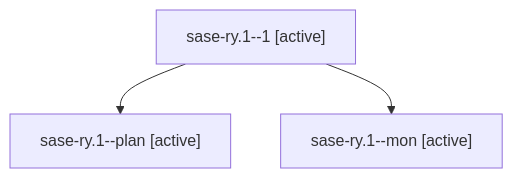
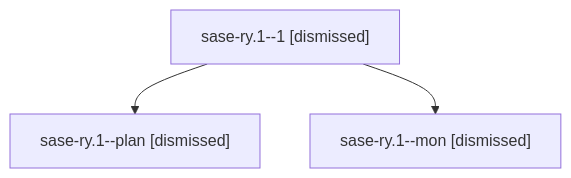
One commit to sase-org/sase--agents changed the diagram in sessions/bbugyi200.athena.sase-ry.1.md. Above: the diagram before and after it, drawn with Mermaid. The commit also changed other lines of this file and 127 other files, not shown here.

````diff
--- a/sessions/bbugyi200.athena.sase-ry.1.md
+++ b/sessions/bbugyi200.athena.sase-ry.1.md
@@ -9,8 +9,8 @@
 ```mermaid
 flowchart TD
-  n0["sase-ry.1--1 [active]"]
-  n1["sase-ry.1--plan [active]"]
+  n0["sase-ry.1--1 [dismissed]"]
+  n1["sase-ry.1--plan [dismissed]"]
   n0 --> n1
-  n2["sase-ry.1--mon [active]"]
+  n2["sase-ry.1--mon [dismissed]"]
   n0 --> n2
 ```
````
